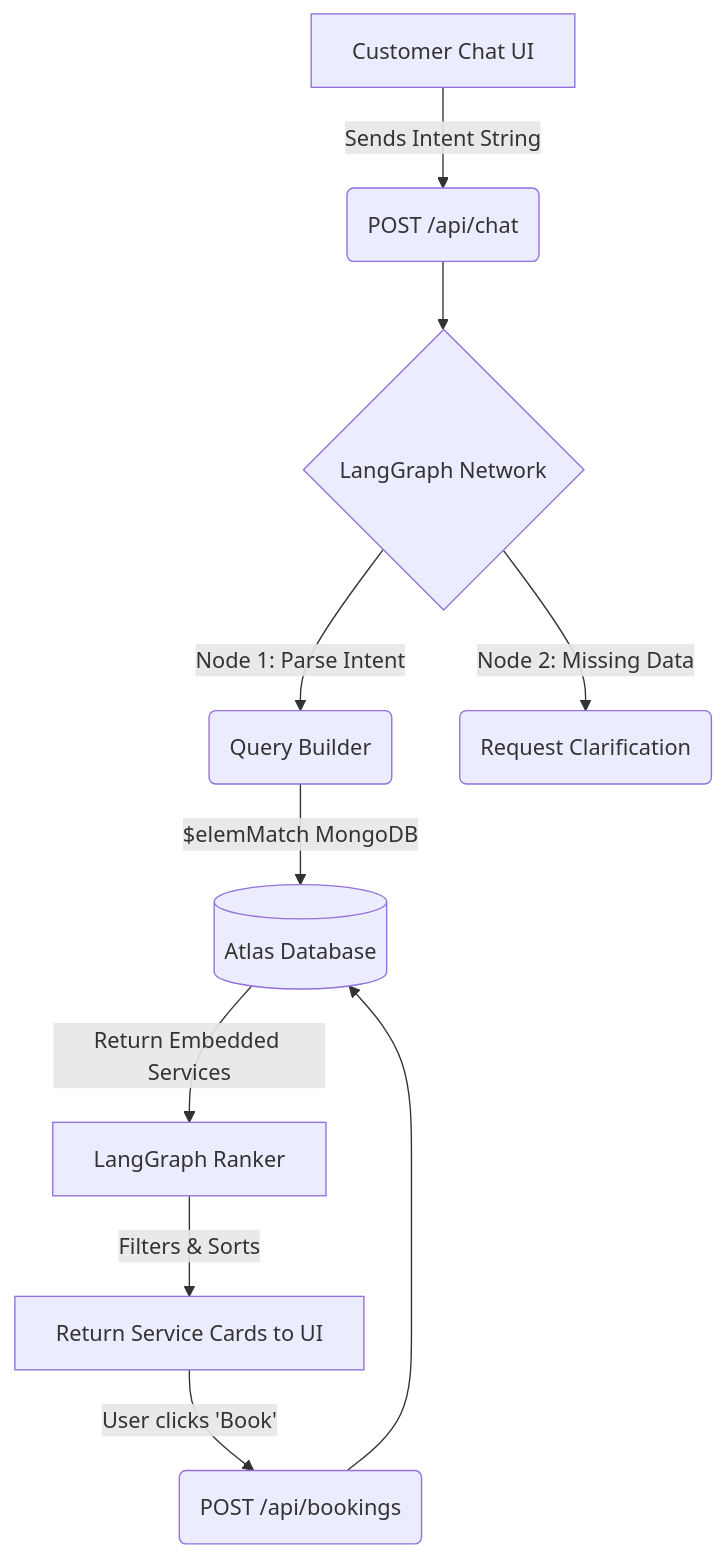
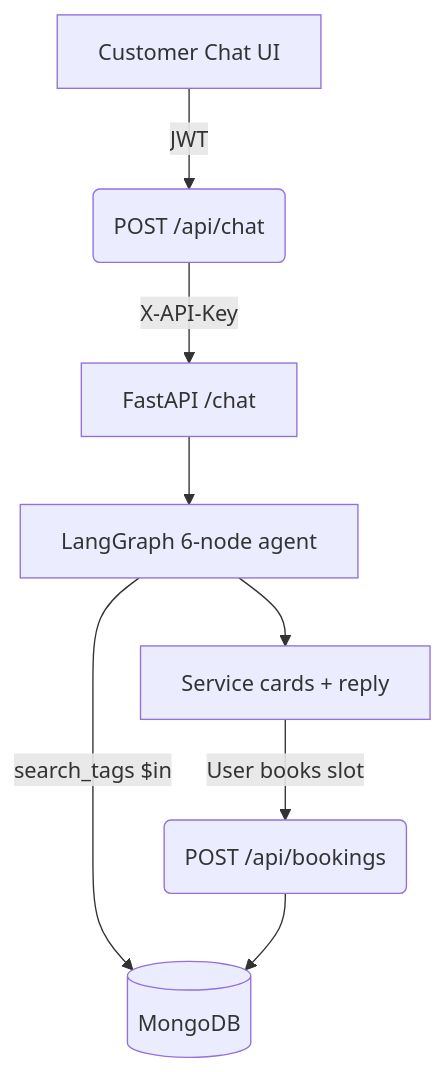
One commit to MayukhBanerjee/Scheduler-AI changed the diagram in README.md. Above: the diagram before and after it, drawn with Mermaid. The commit also changed other lines of this file and 32 other files, not shown here.

First line of the commit message:
feat: multi-turn LangGraph agent, atomic slot booking, and internal calendar

````diff
--- a/README.md
+++ b/README.md
@@ -29,12 +28,10 @@
 ```mermaid
 graph TD;
-    A[Customer Chat UI] -->|Sends Intent String| B(POST /api/chat);
-    B --> C{LangGraph Network};
-    C -->|Node 1: Parse Intent| D(Query Builder);
-    C -->|Node 2: Missing Data| E(Request Clarification);
-    D -->|$elemMatch MongoDB| F[(Atlas Database)];
-    F -->|Return Embedded Services| G[LangGraph Ranker];
-    G -->|Filters & Sorts| H[Return Service Cards to UI];
-    H -->|User clicks 'Book'| I(POST /api/bookings);
-    I --> F;
+    A[Customer Chat UI] -->|JWT| B(POST /api/chat);
+    B -->|X-API-Key| C[FastAPI /chat];
+    C --> D[LangGraph 6-node agent];
+    D -->|search_tags $in| E[(MongoDB)];
+    D --> F[Service cards + reply];
+    F -->|User books slot| G(POST /api/bookings);
+    G --> E;
 ```
````
